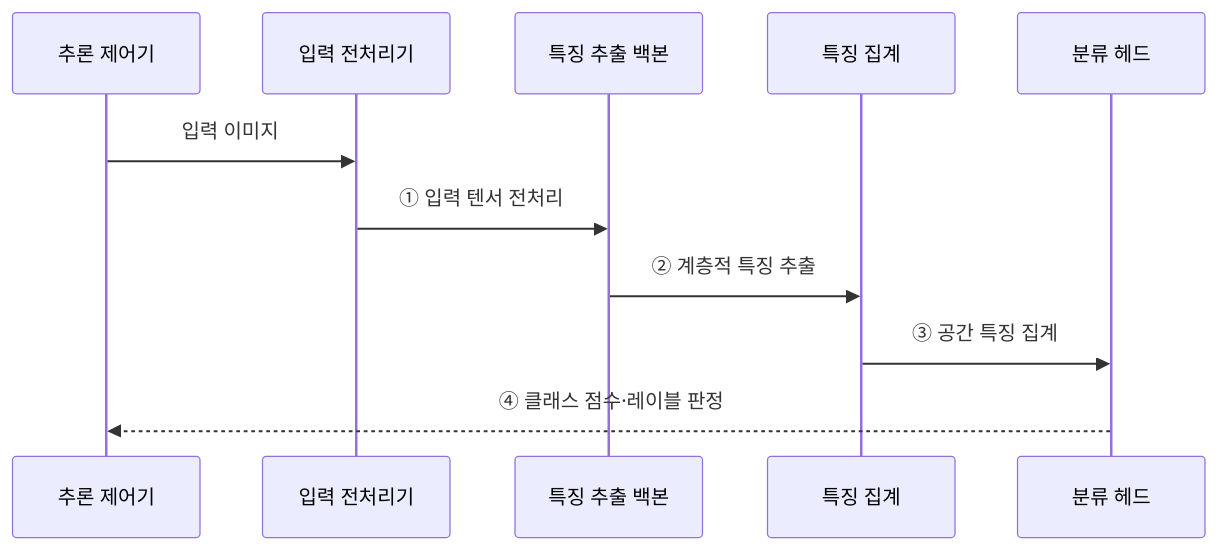
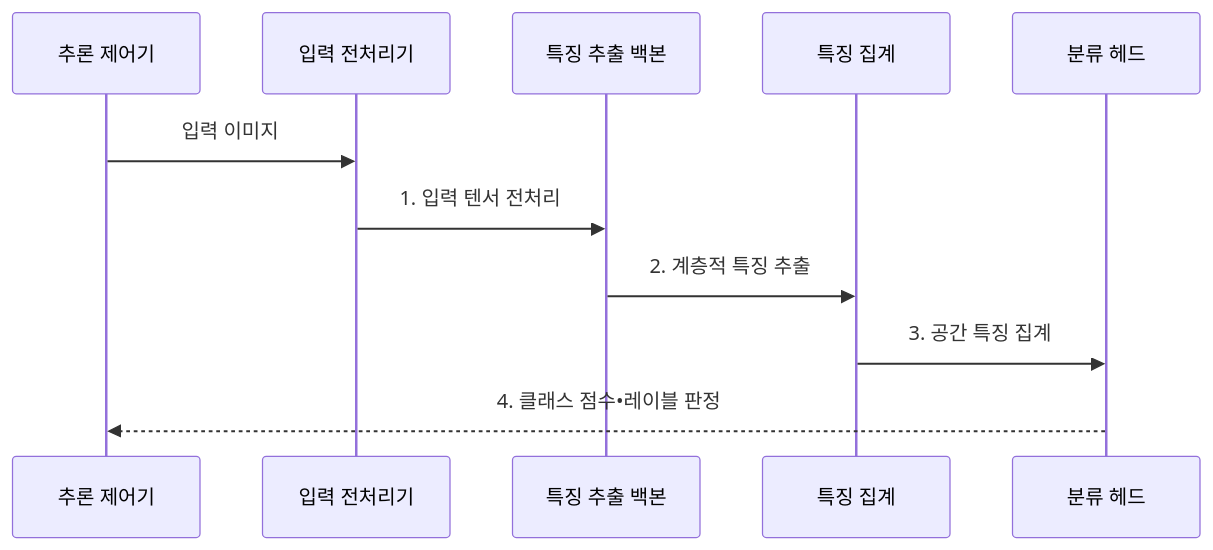
Before and after one commit to agnusdei1207/knowledge-base: the second of 2 diagrams in src/content/docs/notes/01-basic-theory/056_image_classification.md, drawn with Mermaid. The commit also changed other lines of this file and 20 other files, not shown here.

````diff
--- a/src/content/docs/notes/01-basic-theory/056_image_classification.md
+++ b/src/content/docs/notes/01-basic-theory/056_image_classification.md
@@ -82,13 +91,13 @@
 ```mermaid
 sequenceDiagram
     participant T as 추론 제어기
     participant I as 입력 전처리기
     participant B as 특징 추출 백본
     participant G as 특징 집계
     participant H as 분류 헤드
     T->>I: 입력 이미지
-    I->>B: ① 입력 텐서 전처리
-    B->>G: ② 계층적 특징 추출
-    G->>H: ③ 공간 특징 집계
-    H-->>T: ④ 클래스 점수·레이블 판정
+    I->>B: 1. 입력 텐서 전처리
+    B->>G: 2. 계층적 특징 추출
+    G->>H: 3. 공간 특징 집계
+    H-->>T: 4. 클래스 점수•레이블 판정
 ```
````
